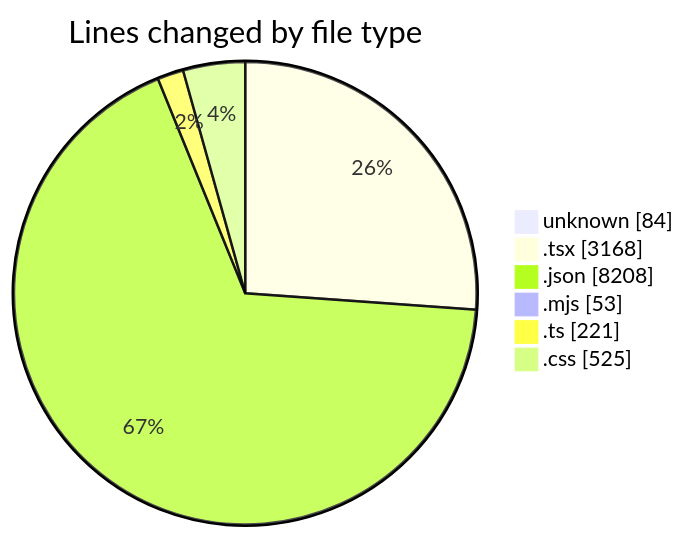
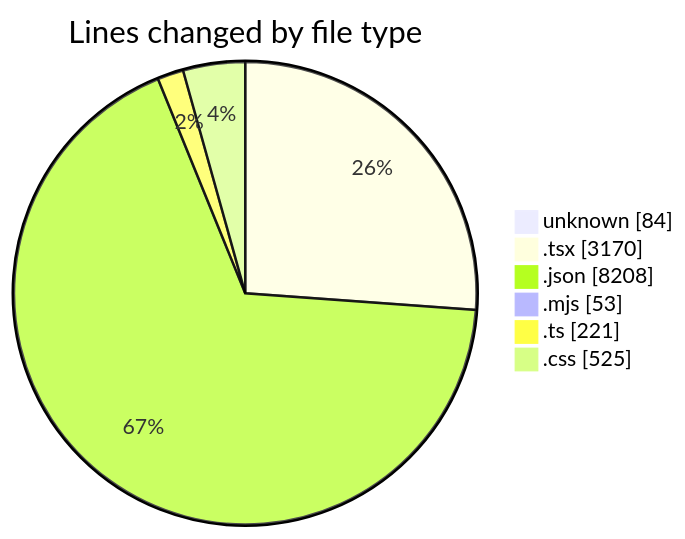
One commit to Elitesun/code-tracking changed the first of 2 diagrams in 2025-05-15/niten/README.md. Above: the diagram before and after it, drawn with Mermaid. The commit also changed other lines of this file and 2 other files, not shown here.

````diff
--- a/2025-05-15/niten/README.md
+++ b/2025-05-15/niten/README.md
@@ -44,10 +44,10 @@
 ```mermaid
 pie showData
 title Lines changed by file type
 "unknown" : 84
-".tsx" : 3168
+".tsx" : 3170
 ".json" : 8208
 ".mjs" : 53
 ".ts" : 221
 ".css" : 525
 ```
````
